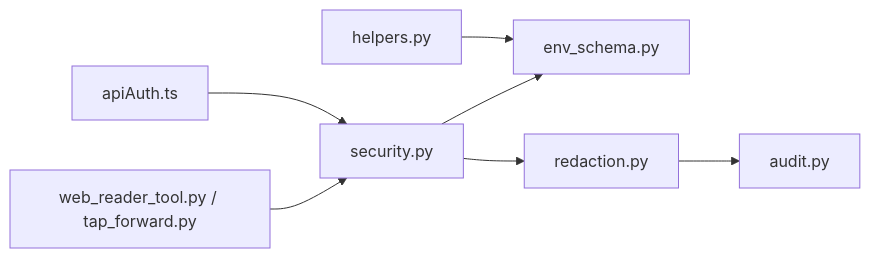
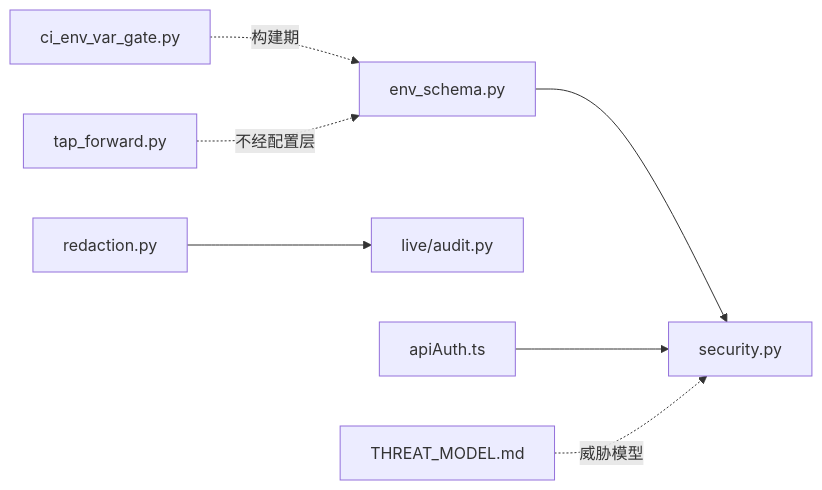
The fifth of 5 diagrams in repowiki/topics/安全与治理/数据安全.md (hjfire/vibe-trading-fw), drawn with Mermaid before and after one commit. The commit also changed other lines of this file and 5 other files, not shown here.

````diff
--- a/repowiki/topics/安全与治理/数据安全.md
+++ b/repowiki/topics/安全与治理/数据安全.md
@@ -293,9 +330,9 @@
 ```mermaid
 graph LR
-SEC["security.py"] --> CFG["env_schema.py"]
-SEC --> RED["redaction.py"]
-RED --> AUD["audit.py"]
-API["helpers.py"] --> CFG
-NET["web_reader_tool.py / tap_forward.py"] --> SEC
+CFG["env_schema.py"] --> SEC["security.py"]
+GATE["ci_env_var_gate.py"] -.构建期.-> CFG
+RED["redaction.py"] --> AUD["live/audit.py"]
+TAP["tap_forward.py"] -.不经配置层.-> CFG
 FE["apiAuth.ts"] --> SEC
+TM["THREAT_MODEL.md"] -.威胁模型.-> SEC
 ```
````
